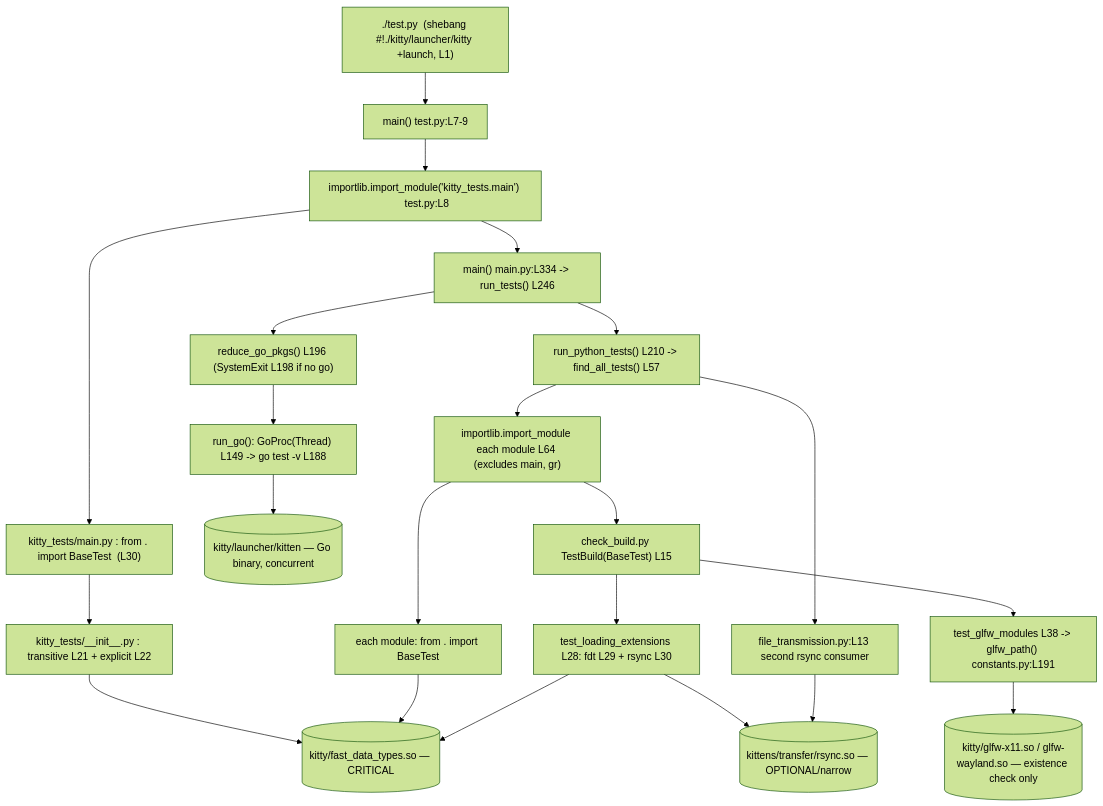
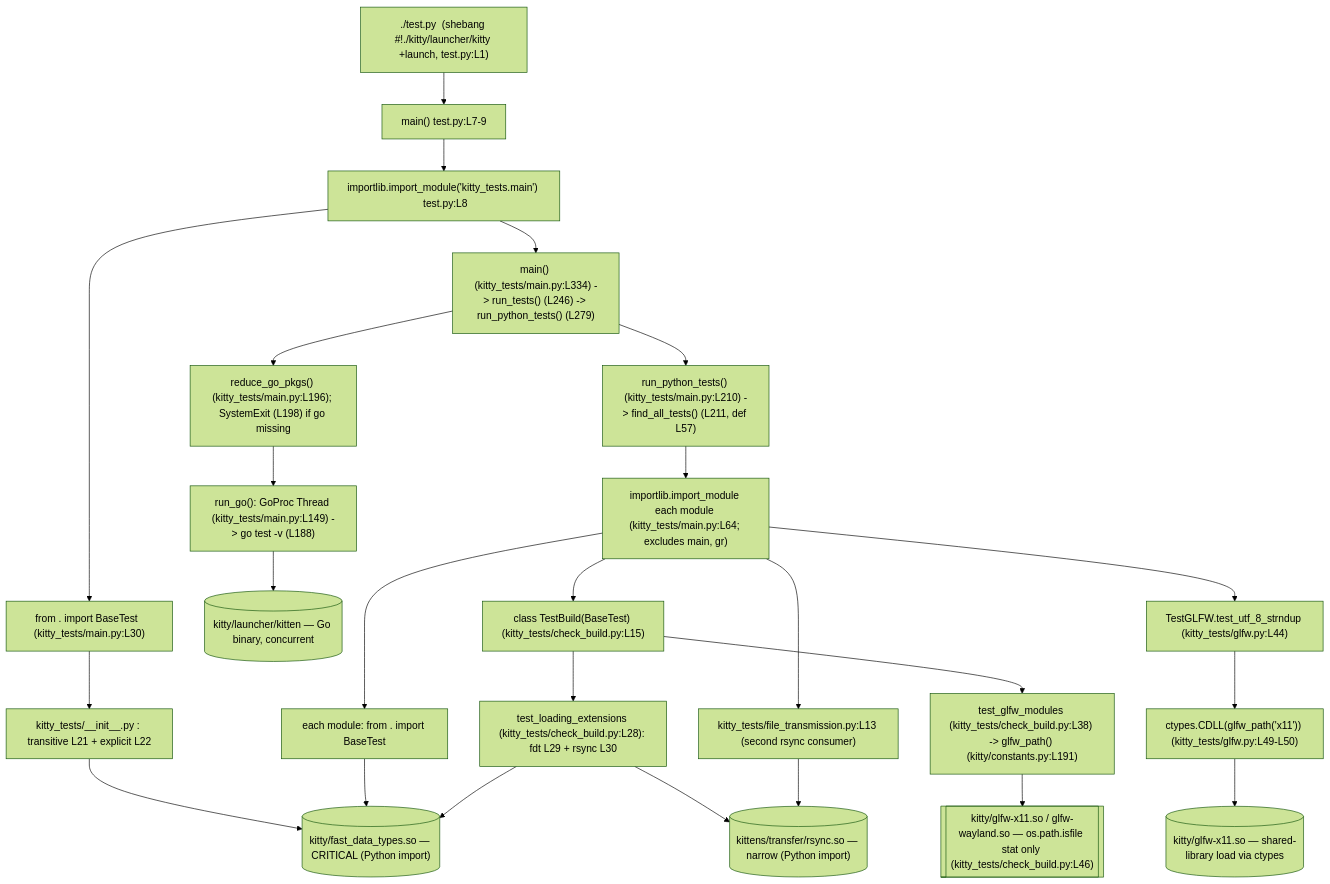
One commit to blitzy-research/kitty changed the diagram in blitzy/documentation/kitty_815df1e210e0.md. Above: the diagram before and after it, drawn with Mermaid (forest theme). The commit also changed other lines of this file, not shown here.

First line of the commit message:
Address code review findings for kitty_815df1e210e0.md investigation doc

````diff
--- a/blitzy/documentation/kitty_815df1e210e0.md
+++ b/blitzy/documentation/kitty_815df1e210e0.md
@@ -185,24 +306,27 @@
 ```mermaid
 graph TD
-    A["./test.py  (shebang #!./kitty/launcher/kitty +launch, L1)"] --> B["main()  test.py:L7-9"]
+    A["./test.py  (shebang #!./kitty/launcher/kitty +launch, test.py:L1)"] --> B["main()  test.py:L7-9"]
     B --> C["importlib.import_module('kitty_tests.main')  test.py:L8"]
-    C --> D["kitty_tests/main.py : from . import BaseTest  (L30)"]
+    C --> D["from . import BaseTest  (kitty_tests/main.py:L30)"]
     D --> E["kitty_tests/__init__.py : transitive L21 + explicit L22"]
-    E --> F[("kitty/fast_data_types.so — CRITICAL")]
-    C --> G["main() main.py:L334 -> run_tests() L246"]
-    G --> H["reduce_go_pkgs() L196 (SystemExit L198 if no go)"]
-    H --> I["run_go(): GoProc(Thread) L149 -> go test -v L188"]
+    E --> F[("kitty/fast_data_types.so — CRITICAL (Python import)")]
+    C --> G["main() (kitty_tests/main.py:L334) -> run_tests() (L246) -> run_python_tests() (L279)"]
+    G --> H["reduce_go_pkgs() (kitty_tests/main.py:L196); SystemExit (L198) if go missing"]
+    H --> I["run_go(): GoProc Thread (kitty_tests/main.py:L149) -> go test -v (L188)"]
     I --> J[("kitty/launcher/kitten — Go binary, concurrent")]
-    G --> K["run_python_tests() L210 -> find_all_tests() L57"]
-    K --> L["importlib.import_module each module L64 (excludes main, gr)"]
+    G --> K["run_python_tests() (kitty_tests/main.py:L210) -> find_all_tests() (L211, def L57)"]
+    K --> L["importlib.import_module each module (kitty_tests/main.py:L64; excludes main, gr)"]
     L --> M["each module: from . import BaseTest"]
     M --> F
-    L --> N["check_build.py TestBuild(BaseTest) L15"]
-    N --> O["test_loading_extensions L28: fdt L29 + rsync L30"]
+    L --> N["class TestBuild(BaseTest) (kitty_tests/check_build.py:L15)"]
+    N --> O["test_loading_extensions (kitty_tests/check_build.py:L28): fdt L29 + rsync L30"]
     O --> F
-    O --> P[("kittens/transfer/rsync.so — OPTIONAL/narrow")]
-    N --> Q["test_glfw_modules L38 -> glfw_path() constants.py:L191"]
-    Q --> R[("kitty/glfw-x11.so / glfw-wayland.so — existence check only")]
-    K --> S["file_transmission.py:L13 second rsync consumer"]
-    S --> P
+    O --> P[("kittens/transfer/rsync.so — narrow (Python import)")]
+    N --> Q["test_glfw_modules (kitty_tests/check_build.py:L38) -> glfw_path() (kitty/constants.py:L191)"]
+    Q --> R[["kitty/glfw-x11.so / glfw-wayland.so — os.path.isfile stat only (kitty_tests/check_build.py:L46)"]]
+    L --> S["TestGLFW.test_utf_8_strndup (kitty_tests/glfw.py:L44)"]
+    S --> T["ctypes.CDLL(glfw_path('x11')) (kitty_tests/glfw.py:L49-L50)"]
+    T --> U[("kitty/glfw-x11.so — shared-library load via ctypes")]
+    L --> V["kitty_tests/file_transmission.py:L13 (second rsync consumer)"]
+    V --> P
 ```
````
